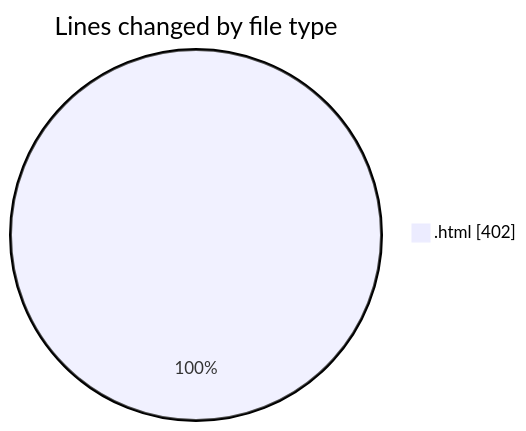
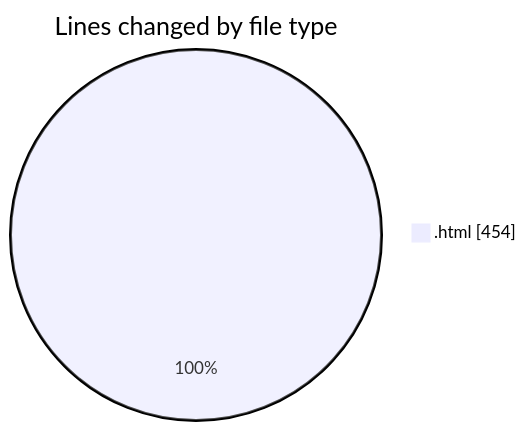
One commit to nxtqubesakshisongat/code-tracking changed the first of 2 diagrams in 2025-08-10/nxtqube_webapp/README.md. Above: the diagram before and after it, drawn with Mermaid. The commit also changed other lines of this file and 1 other file, not shown here.

````diff
--- a/2025-08-10/nxtqube_webapp/README.md
+++ b/2025-08-10/nxtqube_webapp/README.md
@@ -21,5 +21,5 @@
 ```mermaid
 pie showData
 title Lines changed by file type
-".html" : 402
+".html" : 454
 ```
````
